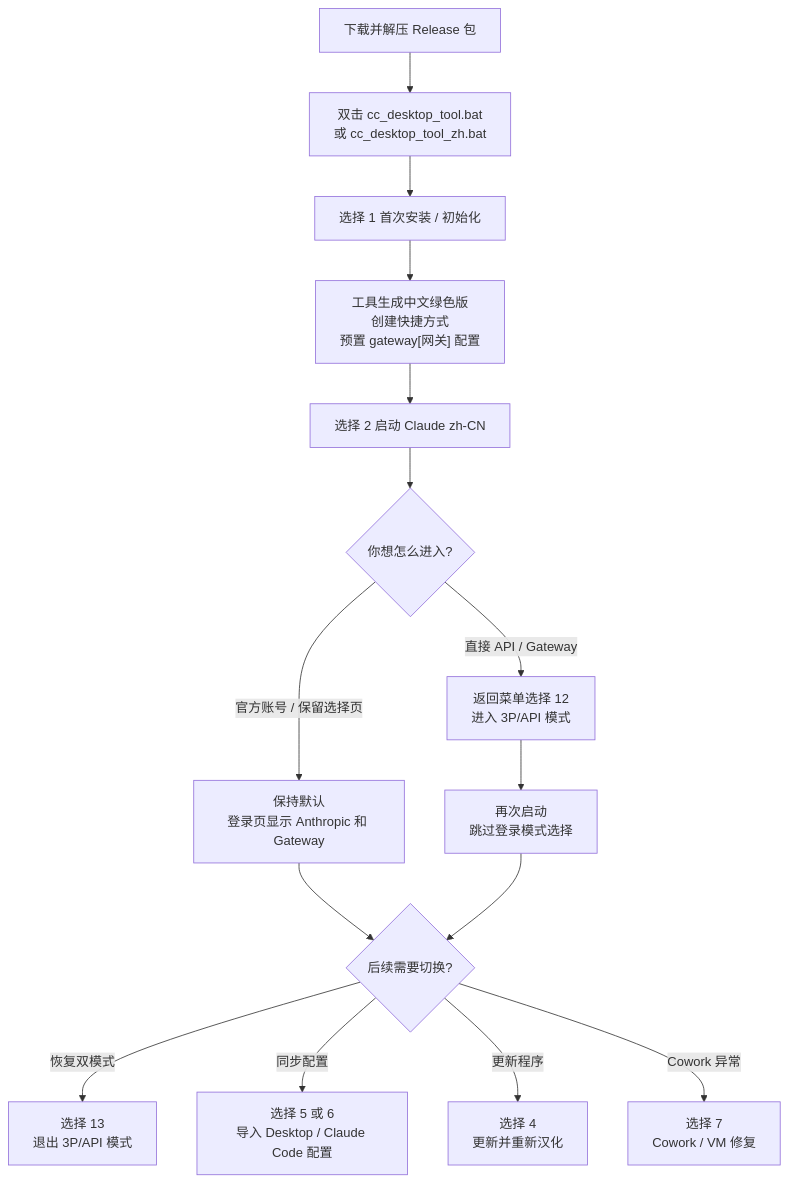
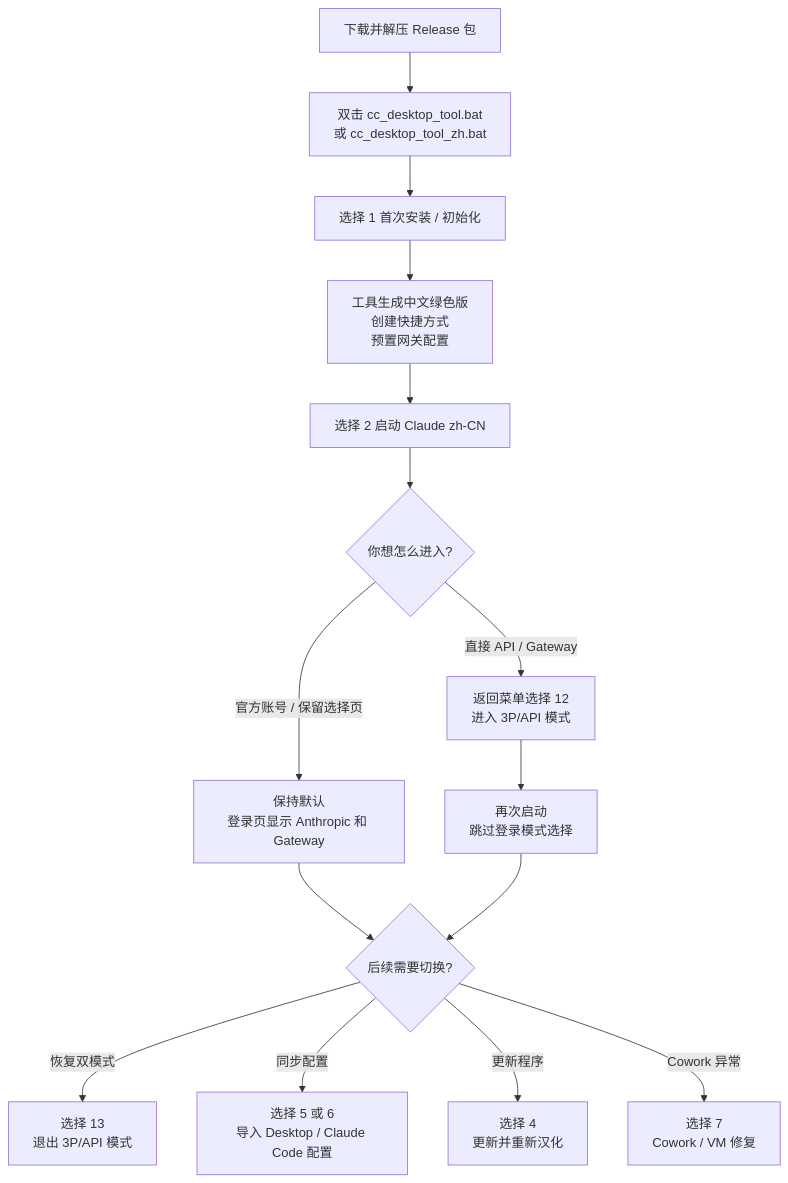
One commit to FOMO-RUN/CC-desktop-zh-cn-WIN-portable changed the second of 2 diagrams in README.md. Above: the diagram before and after it, drawn with Mermaid. The commit also changed other lines of this file and 4 other files, not shown here.

````diff
--- a/README.md
+++ b/README.md
@@ -84,17 +92,17 @@
 ```mermaid
 flowchart TD
     A["下载并解压 Release 包"] --> B["双击 cc_desktop_tool.bat<br/>或 cc_desktop_tool_zh.bat"]
     B --> C["选择 1 首次安装 / 初始化"]
-    C --> D["工具生成中文绿色版<br/>创建快捷方式<br/>预置 gateway[网关] 配置"]
+    C --> D["工具生成中文绿色版<br/>创建快捷方式<br/>预置网关配置"]
     D --> E["选择 2 启动 Claude zh-CN"]
     E --> F{"你想怎么进入?"}
     F -- "官方账号 / 保留选择页" --> G["保持默认<br/>登录页显示 Anthropic 和 Gateway"]
     F -- "直接 API / Gateway" --> H["返回菜单选择 12<br/>进入 3P/API 模式"]
     H --> I["再次启动<br/>跳过登录模式选择"]
     G --> J{"后续需要切换?"}
     I --> J
     J -- "恢复双模式" --> K["选择 13<br/>退出 3P/API 模式"]
     J -- "同步配置" --> L["选择 5 或 6<br/>导入 Desktop / Claude Code 配置"]
     J -- "更新程序" --> M["选择 4<br/>更新并重新汉化"]
     J -- "Cowork 异常" --> N["选择 7<br/>Cowork / VM 修复"]
 ```
````
